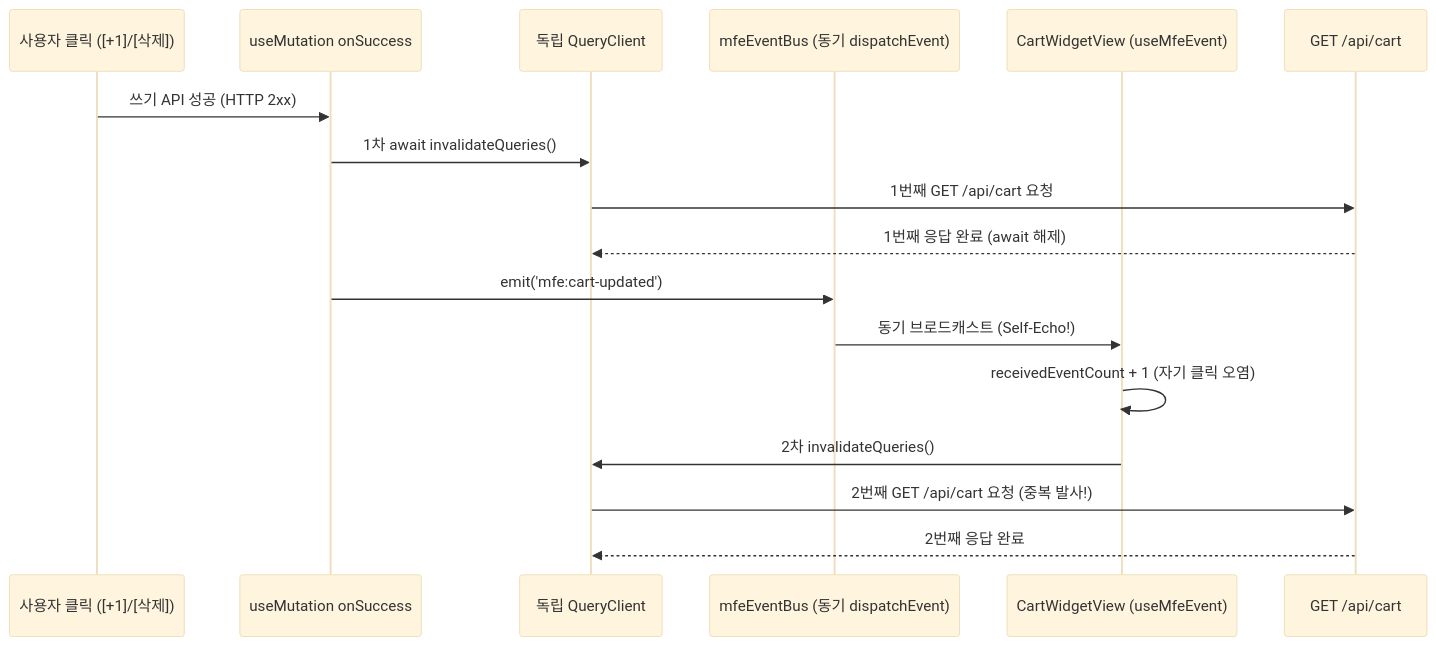
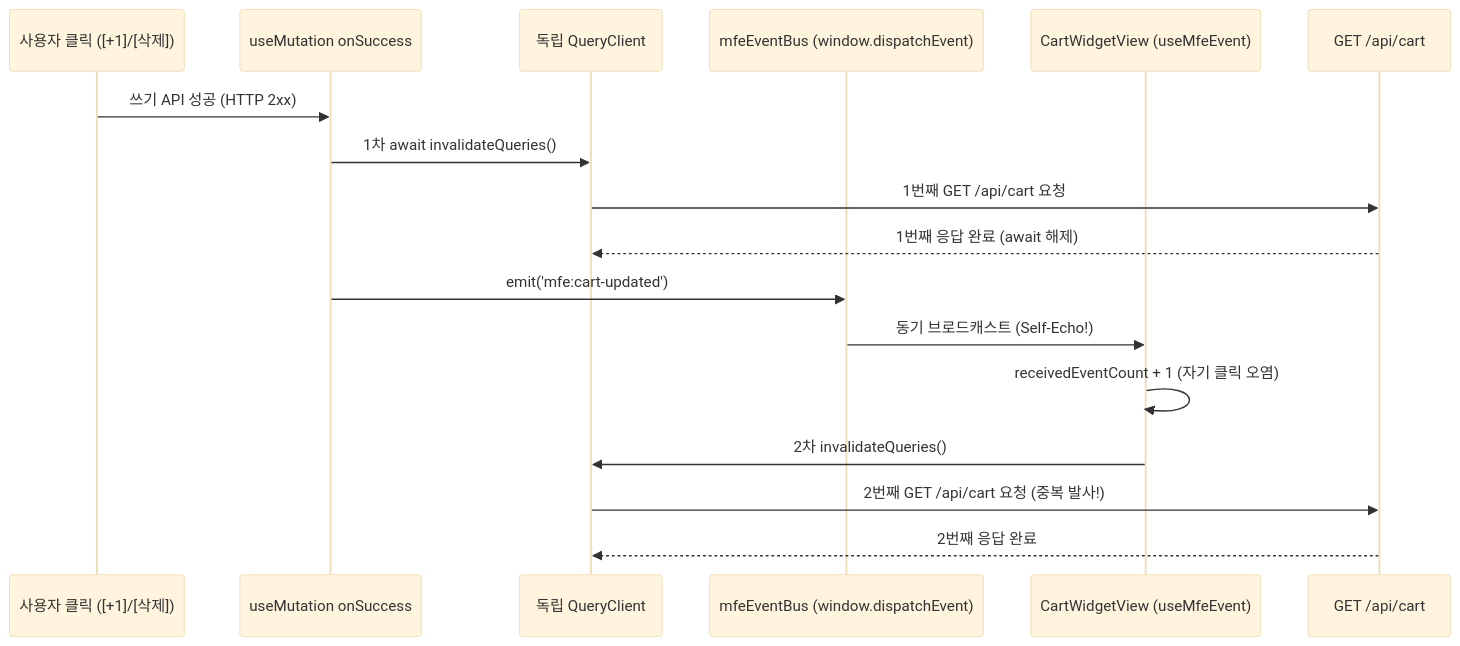
Before and after one commit to dev-HongCheol/mfe-study: the diagram in docs/study/12-mfe-event-self-echo-and-queryclient-sync.md, drawn with Mermaid (base theme). The commit also changed other lines of this file and 11 other files, not shown here.

First line of the commit message:
feat(shared): mfeEventBus 발신자 식별 sourceId 자기 에코 자동 필터링 추가 및 Study 04·12 현행화

````diff
--- a/docs/study/12-mfe-event-self-echo-and-queryclient-sync.md
+++ b/docs/study/12-mfe-event-self-echo-and-queryclient-sync.md
@@ -59,20 +50,20 @@
 ```mermaid
 sequenceDiagram
     participant U as 사용자 클릭 ([+1]/[삭제])
     participant M as useMutation onSuccess
     participant QC as 독립 QueryClient
-    participant EB as mfeEventBus (동기 dispatchEvent)
+    participant EB as mfeEventBus (window.dispatchEvent)
     participant V as CartWidgetView (useMfeEvent)
     participant API as GET /api/cart
 
     U->>M: 쓰기 API 성공 (HTTP 2xx)
     M->>QC: 1차 await invalidateQueries()
     QC->>API: 1번째 GET /api/cart 요청
     API-->>QC: 1번째 응답 완료 (await 해제)
     M->>EB: emit('mfe:cart-updated')
     EB->>V: 동기 브로드캐스트 (Self-Echo!)
     V->>V: receivedEventCount + 1 (자기 클릭 오염)
     V->>QC: 2차 invalidateQueries()
     QC->>API: 2번째 GET /api/cart 요청 (중복 발사!)
     API-->>QC: 2번째 응답 완료
 ```
````
